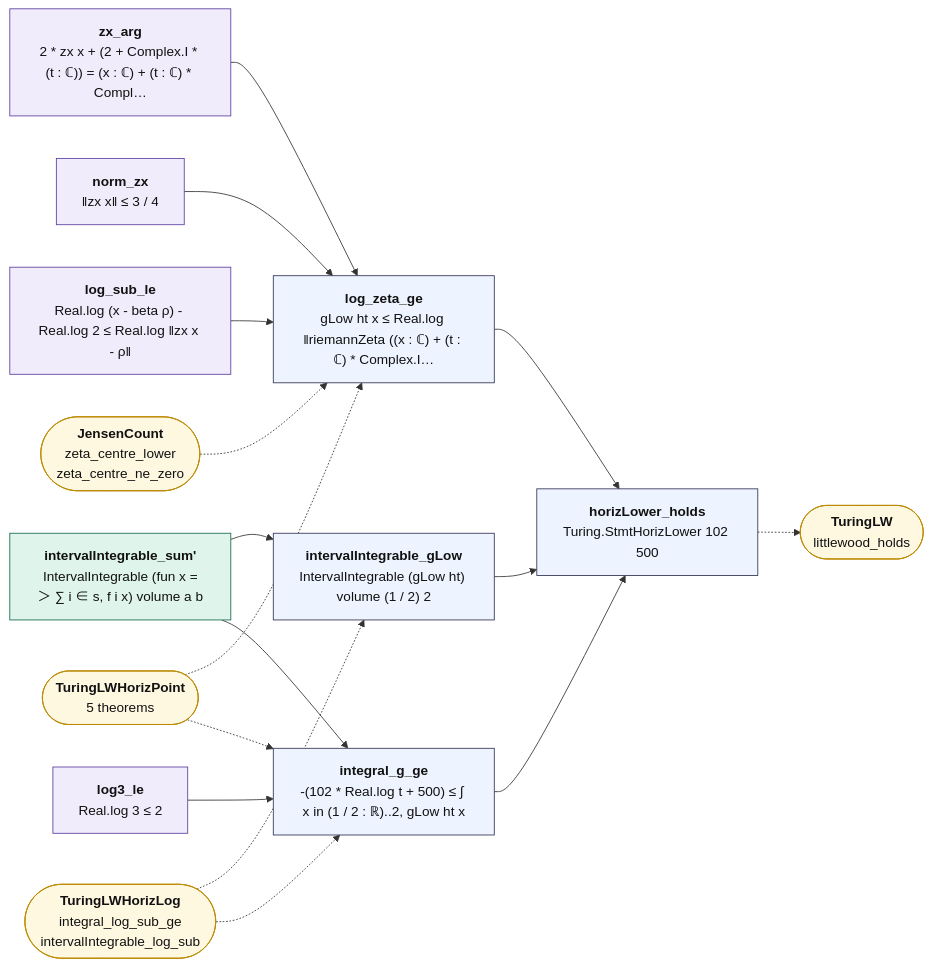
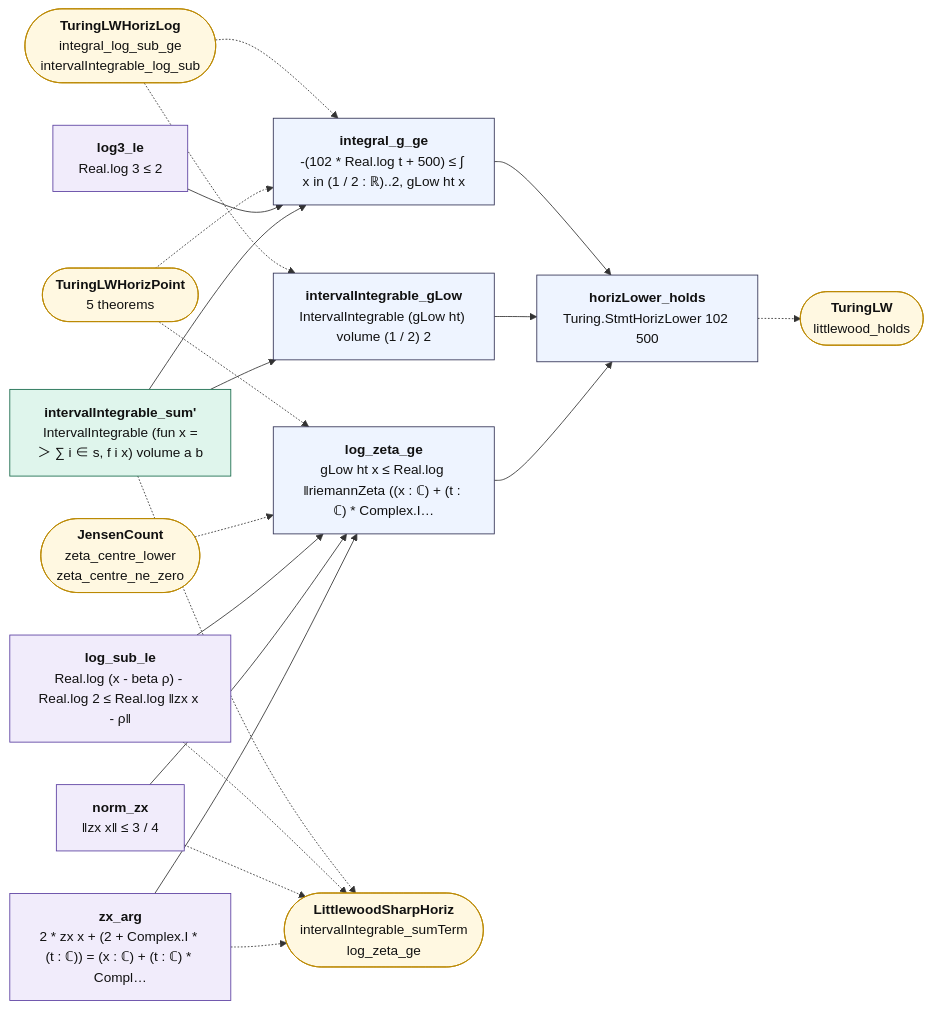
One commit to juliansambranojr/Primebeat_081426 changed the diagram in map/lean_stage3/TuringLWHoriz.mmd. Above: the diagram before and after it, drawn with Mermaid. The commit also changed 26 other files, not shown here.

```diff
--- a/map/lean_stage3/TuringLWHoriz.mmd
+++ b/map/lean_stage3/TuringLWHoriz.mmd
@@ -1,37 +1,42 @@
 flowchart LR
   n0["<b>zx_arg</b><br/>2 * zx x + (2 + Complex.I * (t : ℂ)) = (x : ℂ) + (t : ℂ) * Compl…"]:::shp
   n1["<b>norm_zx</b><br/>‖zx x‖ ≤ 3 / 4"]:::shp
   n2["<b>log_sub_le</b><br/>Real.log (x - beta ρ) - Real.log 2 ≤ Real.log ‖zx x - ρ‖"]:::shp
   n3["<b>log_zeta_ge</b><br/>gLow ht x ≤ Real.log ‖riemannZeta ((x : ℂ) + (t : ℂ) * Complex.I…"]:::thm
   n4["<b>intervalIntegrable_sum'</b><br/>IntervalIntegrable (fun x =＞ ∑ i ∈ s, f i x) volume a b"]:::cnt
   n5["<b>intervalIntegrable_gLow</b><br/>IntervalIntegrable (gLow ht) volume (1 / 2) 2"]:::thm
   n6["<b>log3_le</b><br/>Real.log 3 ≤ 2"]:::shp
   n7["<b>integral_g_ge</b><br/>-(102 * Real.log t + 500) ≤ ∫ x in (1 / 2 : ℝ)..2, gLow ht x"]:::thm
   n8["<b>horizLower_holds</b><br/>Turing.StmtHorizLower 102 500"]:::thm
-  x0(["<b>JensenCount</b><br/>zeta_centre_lower<br/>zeta_centre_ne_zero"]):::ext
-  x1(["<b>TuringLWHorizPoint</b><br/>5 theorems"]):::ext
-  x2(["<b>TuringLWHorizLog</b><br/>integral_log_sub_ge<br/>intervalIntegrable_log_sub"]):::ext
-  x3(["<b>TuringLW</b><br/>littlewood_holds"]):::ext
+  x0(["<b>LittlewoodSharpHoriz</b><br/>intervalIntegrable_sumTerm<br/>log_zeta_ge"]):::ext
+  x1(["<b>JensenCount</b><br/>zeta_centre_lower<br/>zeta_centre_ne_zero"]):::ext
+  x2(["<b>TuringLWHorizPoint</b><br/>5 theorems"]):::ext
+  x3(["<b>TuringLWHorizLog</b><br/>integral_log_sub_ge<br/>intervalIntegrable_log_sub"]):::ext
+  x4(["<b>TuringLW</b><br/>littlewood_holds"]):::ext
   n0 --> n3
   n1 --> n3
   n2 --> n3
   n3 --> n8
   n4 --> n5
   n4 --> n7
   n5 --> n8
   n6 --> n7
   n7 --> n8
-  n8 -.-> x3
-  x0 -.-> n3
+  n0 -.-> x0
+  n1 -.-> x0
+  n2 -.-> x0
+  n4 -.-> x0
+  n8 -.-> x4
   x1 -.-> n3
-  x1 -.-> n7
-  x2 -.-> n5
+  x2 -.-> n3
   x2 -.-> n7
+  x3 -.-> n5
+  x3 -.-> n7
   classDef cnt fill:#dff5ec,stroke:#17694a,color:#111
   classDef shp fill:#f1ecfb,stroke:#5b3fa0,color:#111
   classDef rh fill:#ffe5e5,stroke:#c22,color:#111,stroke-width:2px
   classDef thm fill:#eef4ff,stroke:#335,color:#111
   classDef end_ fill:#e7f7e7,stroke:#2a7,color:#111,stroke-width:2px
   classDef lone fill:#fff,stroke:#999,color:#111,stroke-dasharray:4 3
   classDef bad fill:#ffe5e5,stroke:#c22,color:#111,stroke-width:2px
   classDef ext fill:#fff8e1,stroke:#b80,color:#111
```
